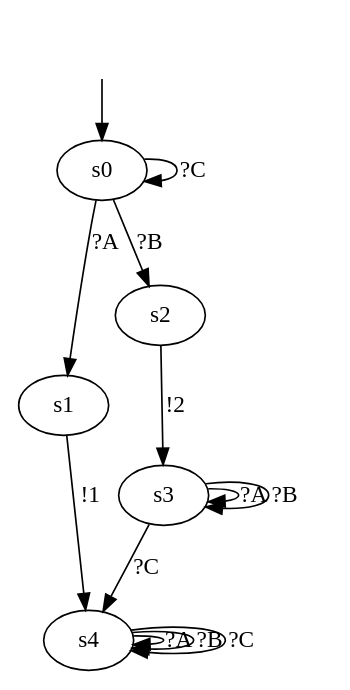
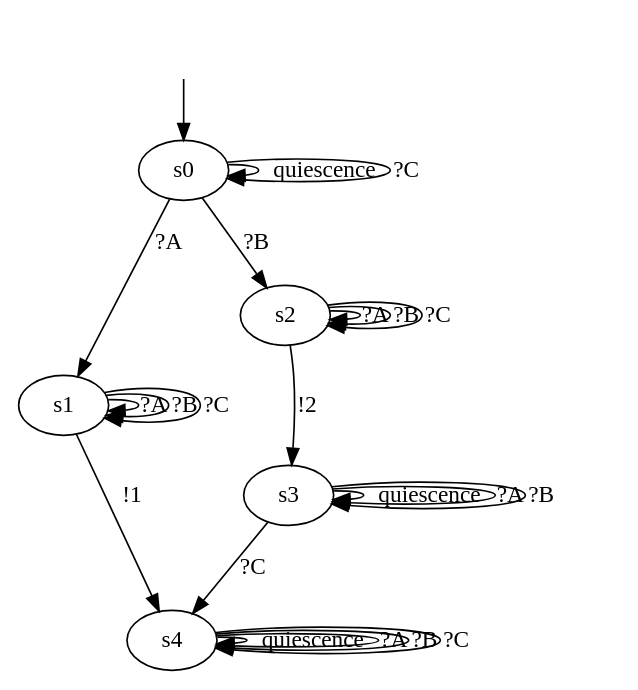
Before and after one commit to haubitzer/AALpy: the diagram in DotModels/Iolts/04_iolts.dot, drawn with Graphviz. The commit also changed 20 other files, not shown here.

```diff
--- a/DotModels/Iolts/04_iolts.dot
+++ b/DotModels/Iolts/04_iolts.dot
@@ -1,23 +1,29 @@
-digraph learnedModel {
+digraph "../../DotModels/Iolts/04_iolts" {
 s0 [label=s0];
 s1 [label=s1];
 s2 [label=s2];
 s3 [label=s3];
 s4 [label=s4];
-
-
+s0 -> s0  [label=quiescence];
 s0 -> s1  [label="?A"];
 s0 -> s2  [label="?B"];
 s0 -> s0  [label="?C"];
+s1 -> s4  [label="!1"];
+s1 -> s1  [label="?A"];
+s1 -> s1  [label="?B"];
+s1 -> s1  [label="?C"];
 s2 -> s3  [label="!2"];
+s2 -> s2  [label="?A"];
+s2 -> s2  [label="?B"];
+s2 -> s2  [label="?C"];
+s3 -> s3  [label=quiescence];
 s3 -> s3  [label="?A"];
 s3 -> s3  [label="?B"];
 s3 -> s4  [label="?C"];
-s1 -> s4  [label="!1"];
+s4 -> s4  [label=quiescence];
 s4 -> s4  [label="?A"];
 s4 -> s4  [label="?B"];
 s4 -> s4  [label="?C"];
-
 __start0 [label="", shape=none];
 __start0 -> s0  [label=""];
 }
```
